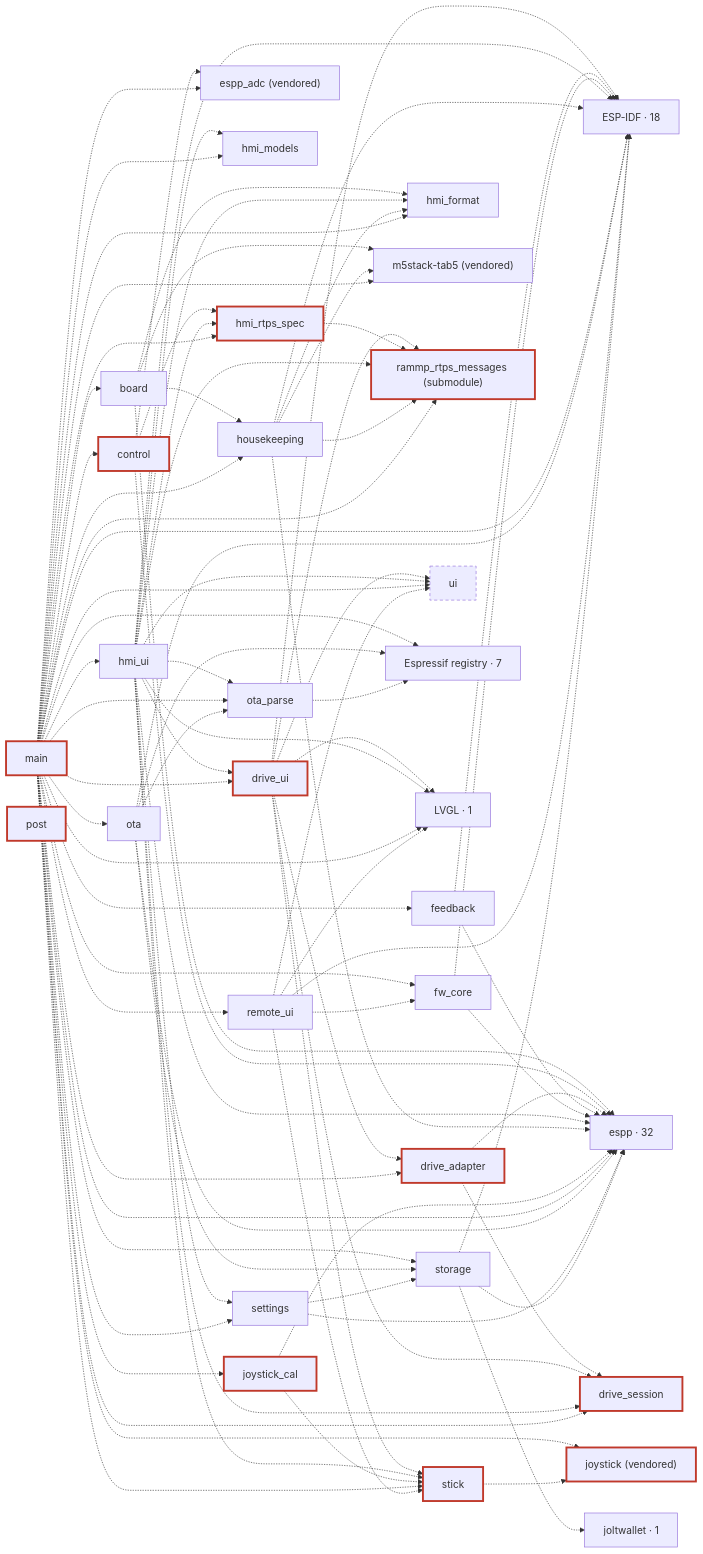
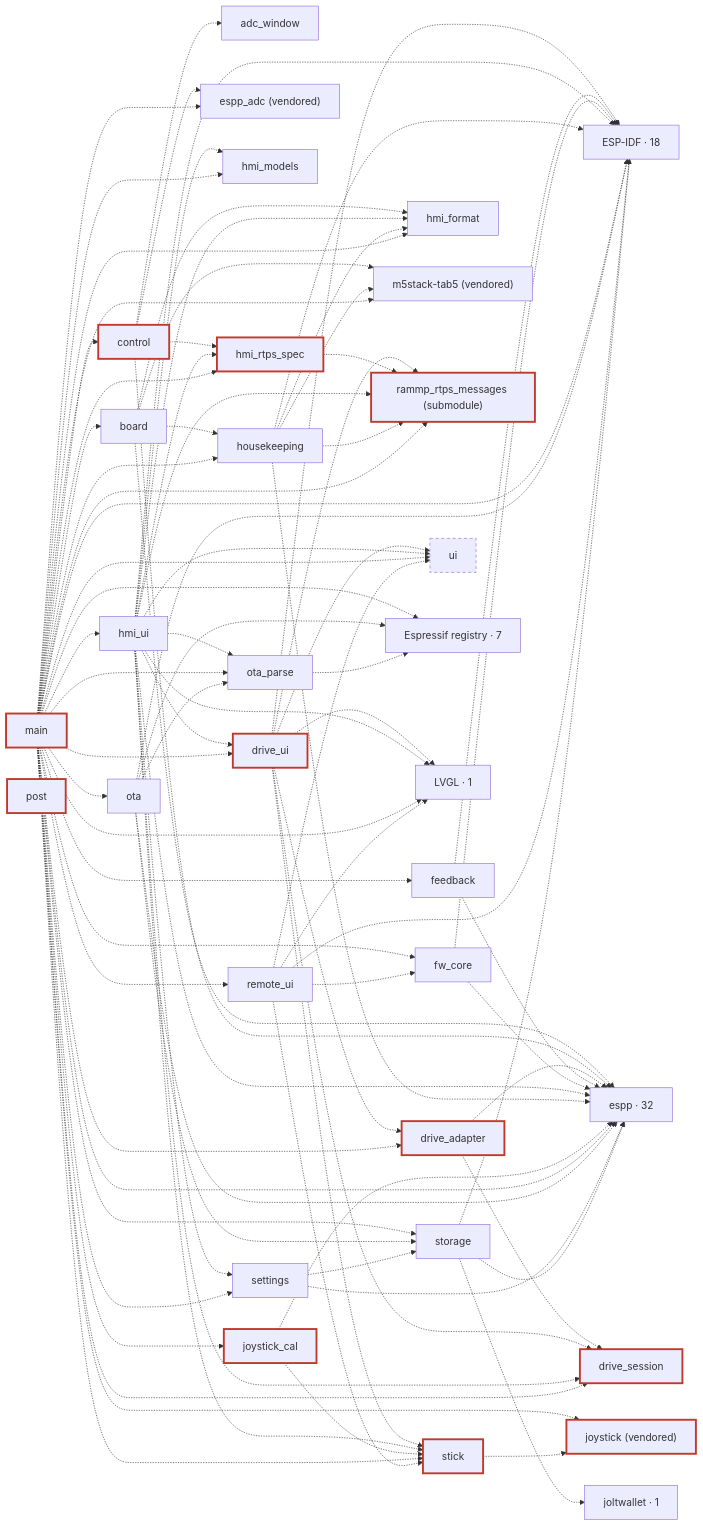
One commit to rammp-org/pace-hmi-fw changed the third of 3 diagrams in docs/architecture.md. Above: the diagram before and after it, drawn with Mermaid. The commit also changed 18 other files, not shown here.

````diff
--- a/docs/architecture.md
+++ b/docs/architecture.md
@@ -165,5 +165,6 @@
 ```mermaid
 flowchart LR
+  c_adc_window["adc_window"]
   c_board["board"]
   c_control["control"]:::safety
   c_drive_adapter["drive_adapter"]:::safety
@@ -199,6 +200,7 @@
   c_board -.-> c_housekeeping
   c_board -.-> c_m5stack_tab5
   c_board -.-> g_espp
+  c_control -.-> c_adc_window
   c_control -.-> c_espp_adc
   c_control -.-> c_hmi_rtps_spec
   c_control -.-> g_espp
````
